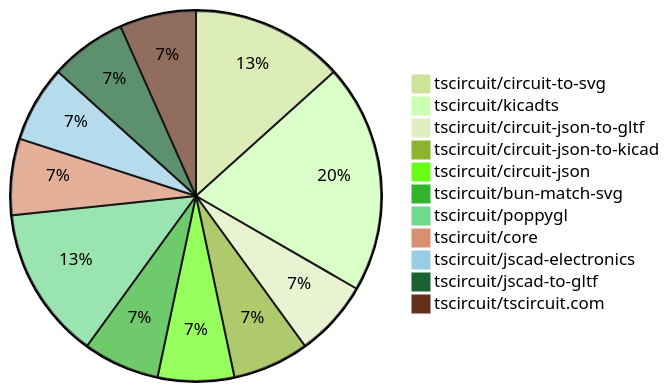
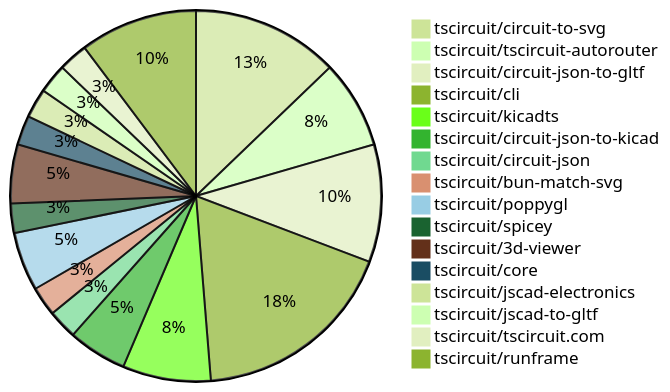
Before and after one commit to tscircuit/contribution-tracker: the first of 2 diagrams in contribution-overviews/2025-10-01.md, drawn with Mermaid (forest theme). The commit also changed other lines of this file and 3 other files, not shown here.

````diff
--- a/contribution-overviews/2025-10-01.md
+++ b/contribution-overviews/2025-10-01.md
@@ -5,14 +5,19 @@
 ```mermaid
 pie
-    "tscircuit/circuit-to-svg" : 2
+    "tscircuit/circuit-to-svg" : 5
+    "tscircuit/tscircuit-autorouter" : 3
+    "tscircuit/circuit-json-to-gltf" : 4
+    "tscircuit/cli" : 7
     "tscircuit/kicadts" : 3
-    "tscircuit/circuit-json-to-gltf" : 1
-    "tscircuit/circuit-json-to-kicad" : 1
+    "tscircuit/circuit-json-to-kicad" : 2
     "tscircuit/circuit-json" : 1
     "tscircuit/bun-match-svg" : 1
     "tscircuit/poppygl" : 2
+    "tscircuit/spicey" : 1
+    "tscircuit/3d-viewer" : 2
     "tscircuit/core" : 1
     "tscircuit/jscad-electronics" : 1
     "tscircuit/jscad-to-gltf" : 1
     "tscircuit/tscircuit.com" : 1
+    "tscircuit/runframe" : 4
 ```
````
